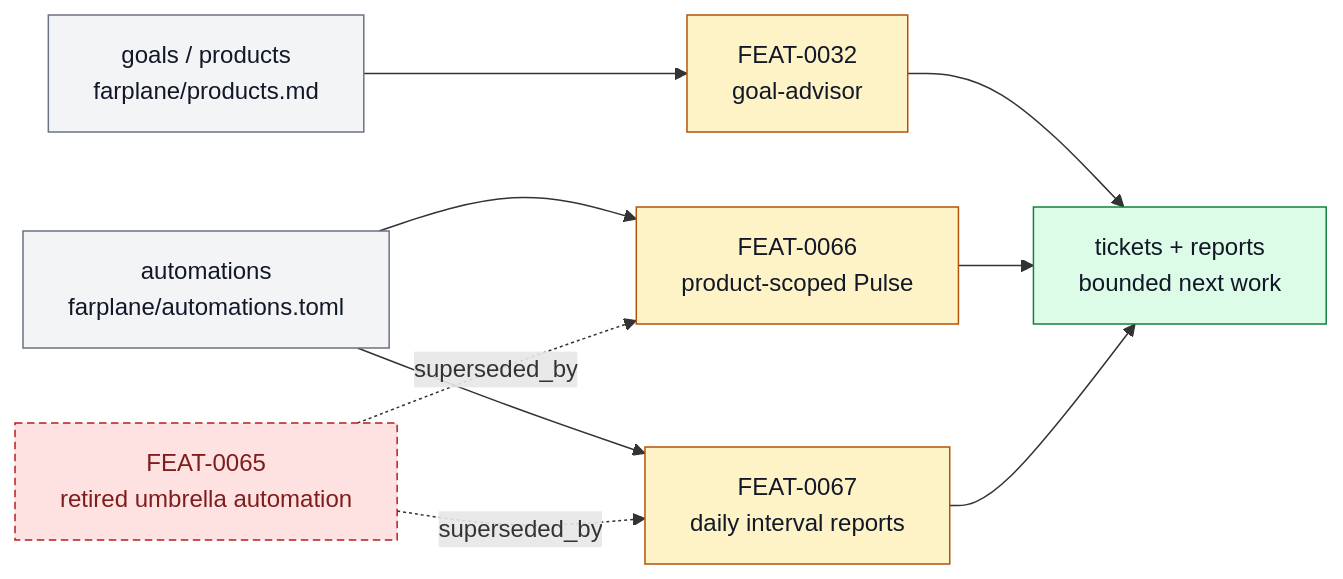
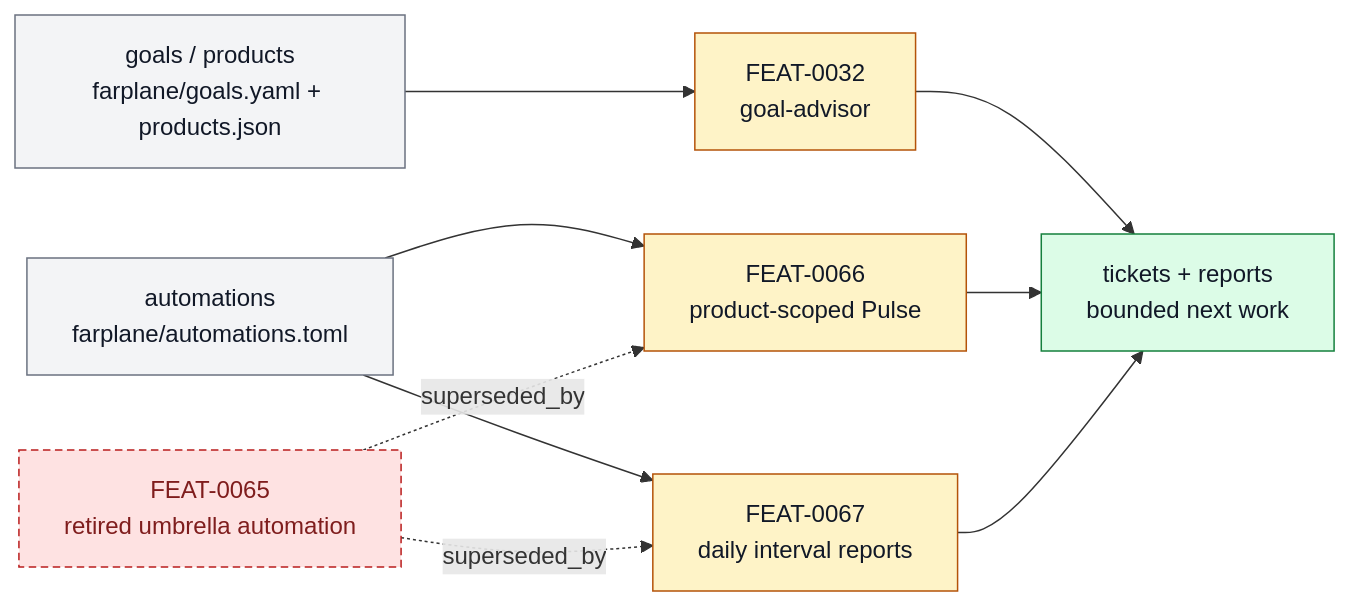
Before and after one commit to ZanarkandTechnologies/Farplane: the diagram in docs/systems/horizon-loop.md, drawn with Mermaid. The commit also changed 12 other files, not shown here.

````diff
--- a/docs/systems/horizon-loop.md
+++ b/docs/systems/horizon-loop.md
@@ -96,21 +96,21 @@
 ```mermaid
 flowchart LR
   classDef keep fill:#f3f4f6,stroke:#6b7280,color:#111827
   classDef changed fill:#fef3c7,stroke:#b45309,color:#111827
   classDef added fill:#dcfce7,stroke:#15803d,color:#111827
   classDef retired fill:#fee2e2,stroke:#b91c1c,color:#7f1d1d,stroke-dasharray: 5 3
 
-  goals["goals / products<br/>farplane/products.md"]:::keep
+  goals["goals / products<br/>farplane/goals.yaml + products.json"]:::keep
   automations["automations<br/>farplane/automations.toml"]:::keep
   advisor["FEAT-0032<br/>goal-advisor"]:::changed
   pulse["FEAT-0066<br/>product-scoped Pulse"]:::changed
   interval["FEAT-0067<br/>daily interval reports"]:::changed
   old["FEAT-0065<br/>retired umbrella automation"]:::retired
   outputs["tickets + reports<br/>bounded next work"]:::added
 
   goals --> advisor --> outputs
   automations --> pulse --> outputs
   automations --> interval --> outputs
   old -. "superseded_by" .-> pulse
   old -. "superseded_by" .-> interval
 ```
````
